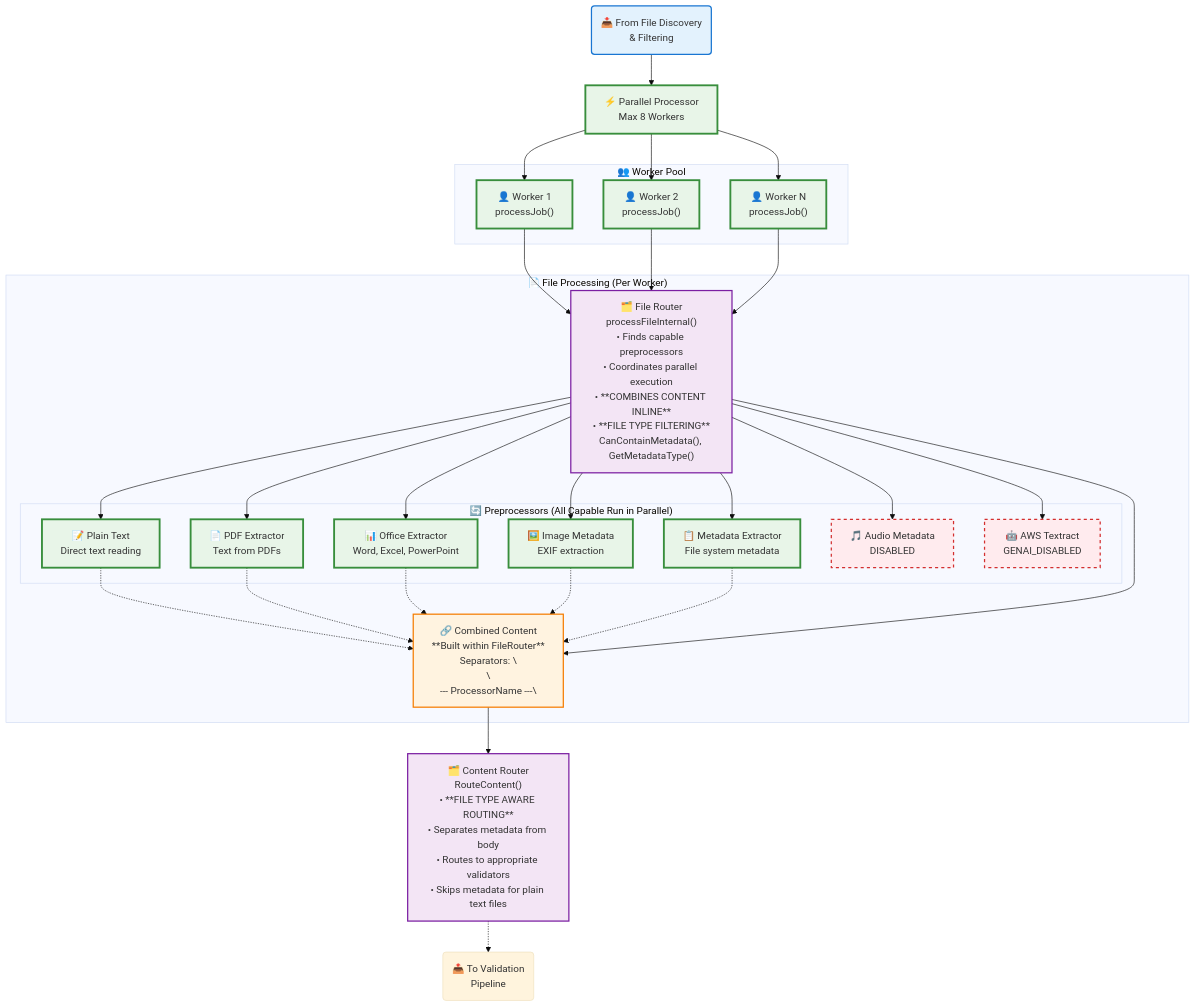
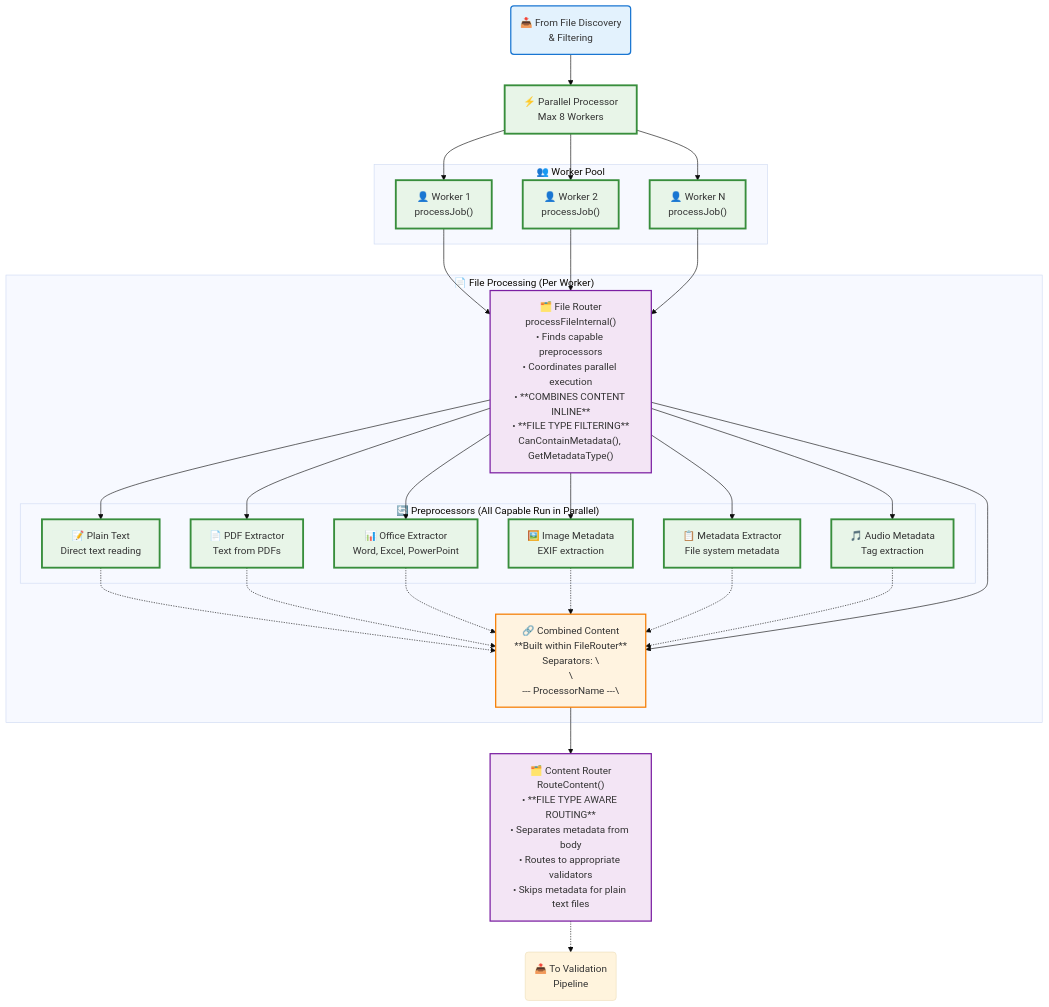
The third of 8 diagrams in docs/architecture-diagram.md (awslabs/ferret-scan), drawn with Mermaid (base theme) before and after one commit. The commit also changed other lines of this file and 29 other files, not shown here.

````diff
--- a/docs/architecture-diagram.md
+++ b/docs/architecture-diagram.md
@@ -127,78 +127,75 @@
 ```mermaid
 flowchart TD
     %% Input from previous stage
     FilesInput("📥 From File Discovery<br/>& Filtering")
 
     %% Parallel Processing
     ParallelProcessor["⚡ Parallel Processor<br/>Max 8 Workers"]
 
     subgraph WorkerPool["👥 Worker Pool"]
         Worker1["👤 Worker 1<br/>processJob()"]
         Worker2["👤 Worker 2<br/>processJob()"]
         Worker3["👤 Worker N<br/>processJob()"]
     end
 
     %% Per-Worker File Processing
     subgraph FileProcessing["📄 File Processing (Per Worker)"]
         FileRouter["🗂️ File Router<br/>processFileInternal()<br/>• Finds capable preprocessors<br/>• Coordinates parallel execution<br/>• **COMBINES CONTENT INLINE**<br/>• **FILE TYPE FILTERING**<br/>CanContainMetadata(), GetMetadataType()"]
 
         subgraph Preprocessors["🔄 Preprocessors (All Capable Run in Parallel)"]
             PlainTextPrep["📝 Plain Text<br/>Direct text reading"]
             PDFPrep["📄 PDF Extractor<br/>Text from PDFs"]
             OfficePrep["📊 Office Extractor<br/>Word, Excel, PowerPoint"]
             ImagePrep["🖼️ Image Metadata<br/>EXIF extraction"]
             MetadataPrep["📋 Metadata Extractor<br/>File system metadata"]
-            AudioPrep["🎵 Audio Metadata<br/>DISABLED"]
-            TextractPrep["🤖 AWS Textract<br/>GENAI_DISABLED"]
+            AudioPrep["🎵 Audio Metadata<br/>Tag extraction"]
         end
 
         CombinedContent["🔗 Combined Content<br/>**Built within FileRouter**<br/>Separators: \\n\\n--- ProcessorName ---\\n"]
     end
 
     ContentRouter["🗂️ Content Router<br/>RouteContent()<br/>• **FILE TYPE AWARE ROUTING**<br/>• Separates metadata from body<br/>• Routes to appropriate validators<br/>• Skips metadata for plain text files"]
 
     %% Flow
     FilesInput --> ParallelProcessor
     ParallelProcessor --> Worker1
     ParallelProcessor --> Worker2
     ParallelProcessor --> Worker3
 
     Worker1 --> FileRouter
     Worker2 --> FileRouter
     Worker3 --> FileRouter
 
     %% FileRouter coordinates all preprocessors
     FileRouter --> PlainTextPrep
     FileRouter --> PDFPrep
     FileRouter --> OfficePrep
     FileRouter --> ImagePrep
     FileRouter --> MetadataPrep
     FileRouter --> AudioPrep
-    FileRouter --> TextractPrep
 
     %% Content combination happens WITHIN FileRouter
     PlainTextPrep -.-> CombinedContent
     PDFPrep -.-> CombinedContent
     OfficePrep -.-> CombinedContent
     ImagePrep -.-> CombinedContent
     MetadataPrep -.-> CombinedContent
+    AudioPrep -.-> CombinedContent
 
     FileRouter --> CombinedContent
     CombinedContent --> ContentRouter
 
     %% Output to next stage
     ContentRouter -.-> ValidationPipeline("📤 To Validation<br/>Pipeline")
 
     %% Styling
     classDef input fill:#e3f2fd,stroke:#1976d2,stroke-width:2px
     classDef processing fill:#e8f5e8,stroke:#388e3c,stroke-width:3px
     classDef router fill:#f3e5f5,stroke:#7b1fa2,stroke-width:2px
     classDef output fill:#fff3e0,stroke:#f57c00,stroke-width:2px
-    classDef disabled fill:#ffebee,stroke:#d32f2f,stroke-width:2px,stroke-dasharray: 5 5
 
     class FilesInput input
-    class ParallelProcessor,Worker1,Worker2,Worker3,PlainTextPrep,PDFPrep,OfficePrep,ImagePrep,MetadataPrep processing
+    class ParallelProcessor,Worker1,Worker2,Worker3,PlainTextPrep,PDFPrep,OfficePrep,ImagePrep,MetadataPrep,AudioPrep processing
     class FileRouter,ContentRouter router
     class CombinedContent output
-    class AudioPrep,TextractPrep disabled
 ```
````
